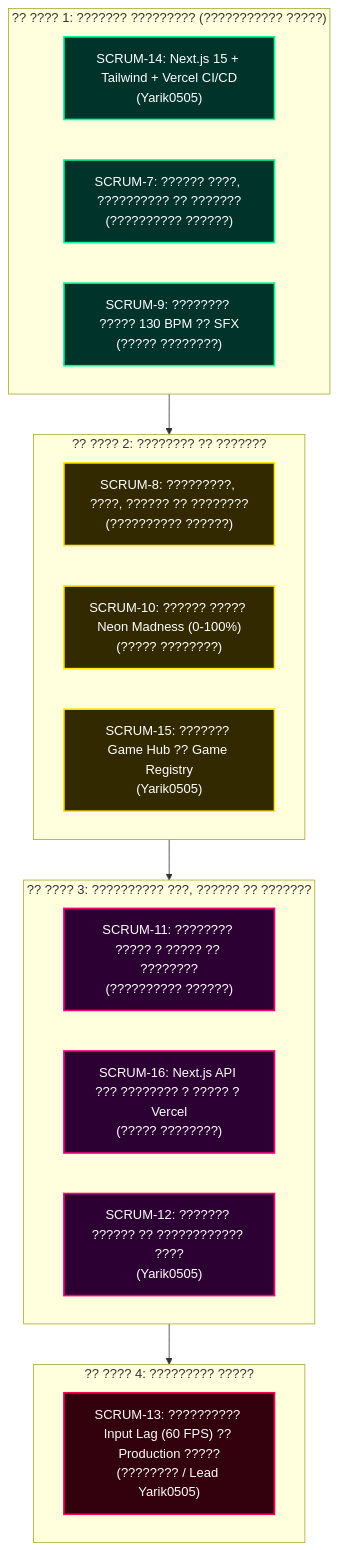
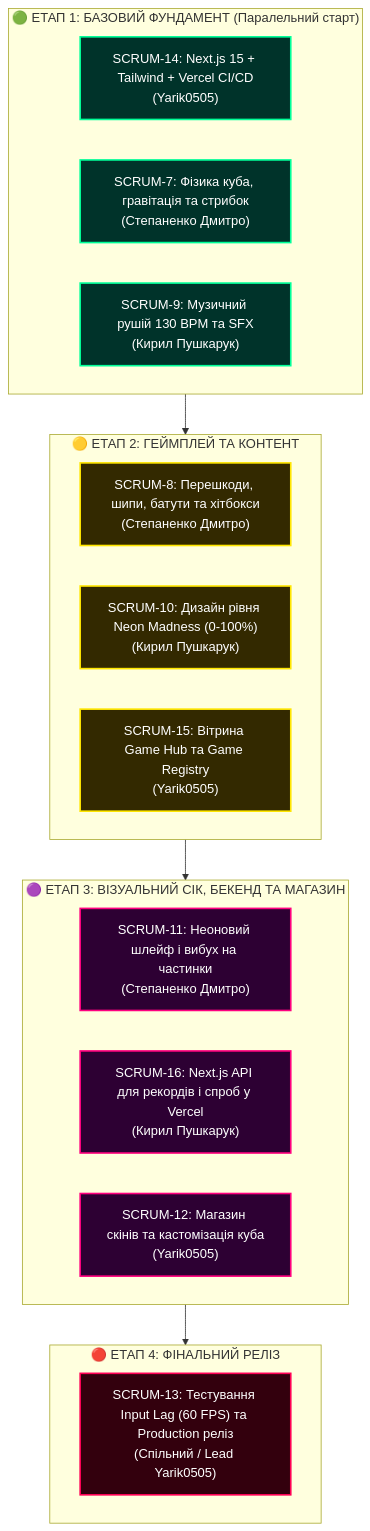
Before and after one commit to greenyarik0505-jpg/duck-verse: the diagram in README.md, drawn with Mermaid. The commit also changed other lines of this file, not shown here.

Commit message:
docs: complete ultimate README with full specs, roadmap and team guide

````diff
--- a/README.md
+++ b/README.md
@@ -174,31 +170,31 @@
 ```mermaid
 graph TD
     classDef p1 fill:#00332a,stroke:#00ff99,stroke-width:2px,color:#fff;
     classDef p2 fill:#332900,stroke:#ffe600,stroke-width:2px,color:#fff;
     classDef p3 fill:#2d0033,stroke:#ff007f,stroke-width:2px,color:#fff;
     classDef p4 fill:#33000d,stroke:#ff0055,stroke-width:2px,color:#fff;
 
-    subgraph Phase1 ["?? ???? 1: ??????? ????????? (??????????? ?????)"]
+    subgraph Phase1 ["🟢 ЕТАП 1: БАЗОВИЙ ФУНДАМЕНТ (Паралельний старт)"]
         T14["SCRUM-14: Next.js 15 + Tailwind + Vercel CI/CD<br/>(Yarik0505)"]:::p1
-        T7["SCRUM-7: ?????? ????, ?????????? ?? ???????<br/>(?????????? ??????)"]:::p1
-        T9["SCRUM-9: ???????? ????? 130 BPM ?? SFX<br/>(????? ????????)"]:::p1
+        T7["SCRUM-7: Фізика куба, гравітація та стрибок<br/>(Степаненко Дмитро)"]:::p1
+        T9["SCRUM-9: Музичний рушій 130 BPM та SFX<br/>(Кирил Пушкарук)"]:::p1
     end
 
-    subgraph Phase2 ["?? ???? 2: ???????? ?? ???????"]
-        T8["SCRUM-8: ?????????, ????, ?????? ?? ????????<br/>(?????????? ??????)"]:::p2
-        T10["SCRUM-10: ?????? ????? Neon Madness (0-100%)<br/>(????? ????????)"]:::p2
-        T15["SCRUM-15: ??????? Game Hub ?? Game Registry<br/>(Yarik0505)"]:::p2
+    subgraph Phase2 ["🟡 ЕТАП 2: ГЕЙМПЛЕЙ ТА КОНТЕНТ"]
+        T8["SCRUM-8: Перешкоди, шипи, батути та хітбокси<br/>(Степаненко Дмитро)"]:::p2
+        T10["SCRUM-10: Дизайн рівня Neon Madness (0-100%)<br/>(Кирил Пушкарук)"]:::p2
+        T15["SCRUM-15: Вітрина Game Hub та Game Registry<br/>(Yarik0505)"]:::p2
     end
 
-    subgraph Phase3 ["?? ???? 3: ?????????? ???, ?????? ?? ???????"]
-        T11["SCRUM-11: ???????? ????? ? ????? ?? ????????<br/>(?????????? ??????)"]:::p3
-        T16["SCRUM-16: Next.js API ??? ???????? ? ????? ? Vercel<br/>(????? ????????)"]:::p3
-        T12["SCRUM-12: ??????? ?????? ?? ???????????? ????<br/>(Yarik0505)"]:::p3
+    subgraph Phase3 ["🟣 ЕТАП 3: ВІЗУАЛЬНИЙ СІК, БЕКЕНД ТА МАГАЗИН"]
+        T11["SCRUM-11: Неоновий шлейф і вибух на частинки<br/>(Степаненко Дмитро)"]:::p3
+        T16["SCRUM-16: Next.js API для рекордів і спроб у Vercel<br/>(Кирил Пушкарук)"]:::p3
+        T12["SCRUM-12: Магазин скінів та кастомізація куба<br/>(Yarik0505)"]:::p3
     end
 
-    subgraph Phase4 ["?? ???? 4: ????????? ?????"]
-        T13["SCRUM-13: ?????????? Input Lag (60 FPS) ?? Production ?????<br/>(???????? / Lead Yarik0505)"]:::p4
+    subgraph Phase4 ["🔴 ЕТАП 4: ФІНАЛЬНИЙ РЕЛІЗ"]
+        T13["SCRUM-13: Тестування Input Lag (60 FPS) та Production реліз<br/>(Спільний / Lead Yarik0505)"]:::p4
     end
 
     Phase1 --> Phase2 --> Phase3 --> Phase4
 ```
````
